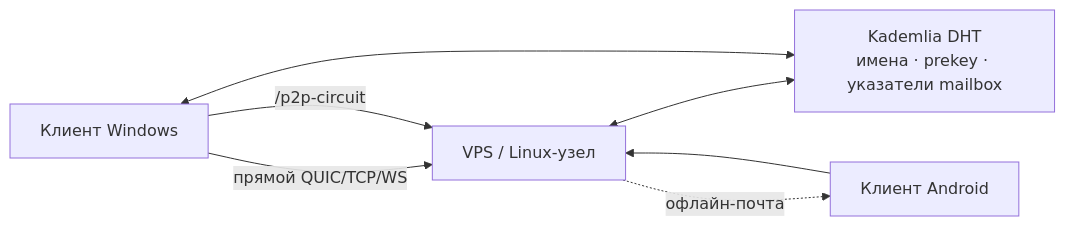
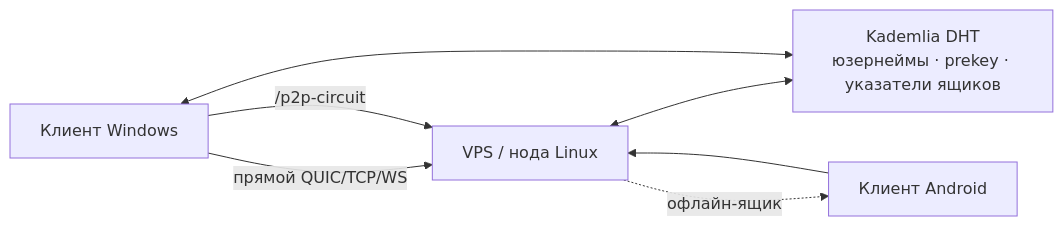
Before and after one commit to RedBuffalo13/Noid: the diagram in docs/manual/PROJECT_DESCRIPTION_RU.md, drawn with Mermaid. The commit also changed other lines of this file and 58 other files, not shown here.

First line of the commit message:
docs: refresh manual — slim bilingual README, quick-start cases, new diagrams, slides regenerated

````diff
--- a/docs/manual/PROJECT_DESCRIPTION_RU.md
+++ b/docs/manual/PROJECT_DESCRIPTION_RU.md
@@ -40,9 +41,9 @@
 ```mermaid
 flowchart LR
-  A[Клиент Windows] -- прямой QUIC/TCP/WS --> B[VPS / Linux-узел]
+  A[Клиент Windows] -- прямой QUIC/TCP/WS --> B[VPS / нода Linux]
   A -- /p2p-circuit --> B
-  B <--> D[Kademlia DHT<br/>имена · prekey · указатели mailbox]
+  B <--> D[Kademlia DHT<br/>юзернеймы · prekey · указатели ящиков]
   A <--> D
   C[Клиент Android] --> B
-  B -. офлайн-почта .-> C
+  B -. офлайн-ящик .-> C
 ```
````
